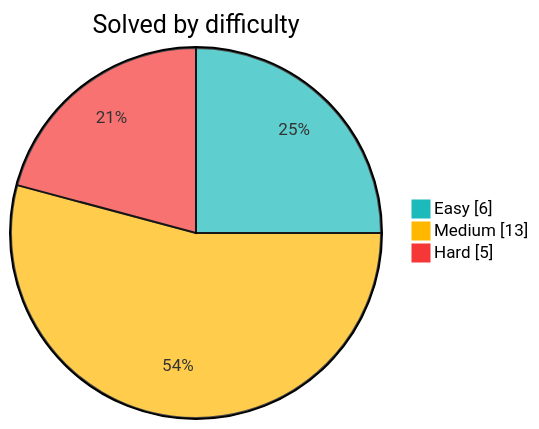
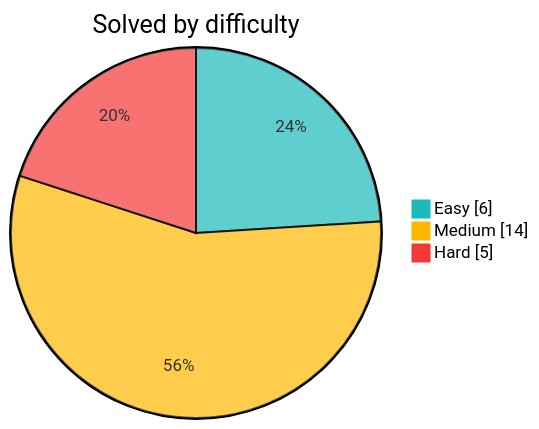
One commit to Sekler09/algorithms changed the diagram in README.md. Above: the diagram before and after it, drawn with Mermaid. The commit also changed other lines of this file and 3 other files, not shown here.

````diff
--- a/README.md
+++ b/README.md
@@ -9,8 +9,8 @@
 ```mermaid
 %%{init: {"themeVariables": {"pie1": "#1cbaba", "pie2": "#ffb700", "pie3": "#f63737"}}}%%
 pie showData
     title Solved by difficulty
     "Easy" : 6
-    "Medium" : 13
+    "Medium" : 14
     "Hard" : 5
 ```
````
